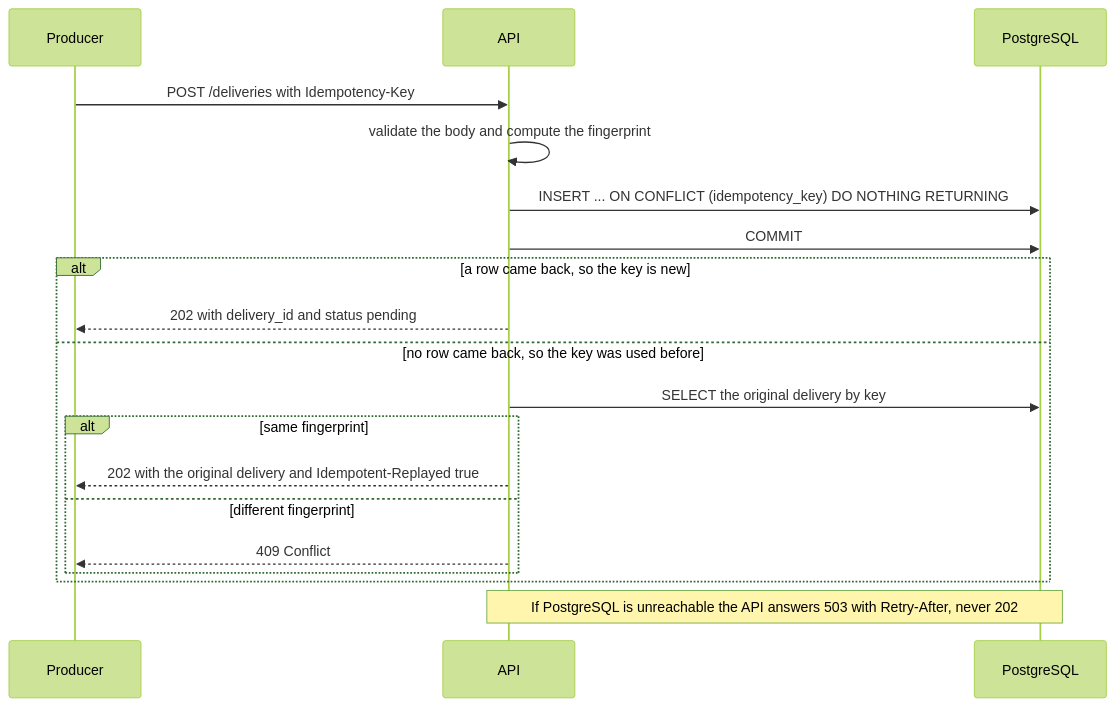
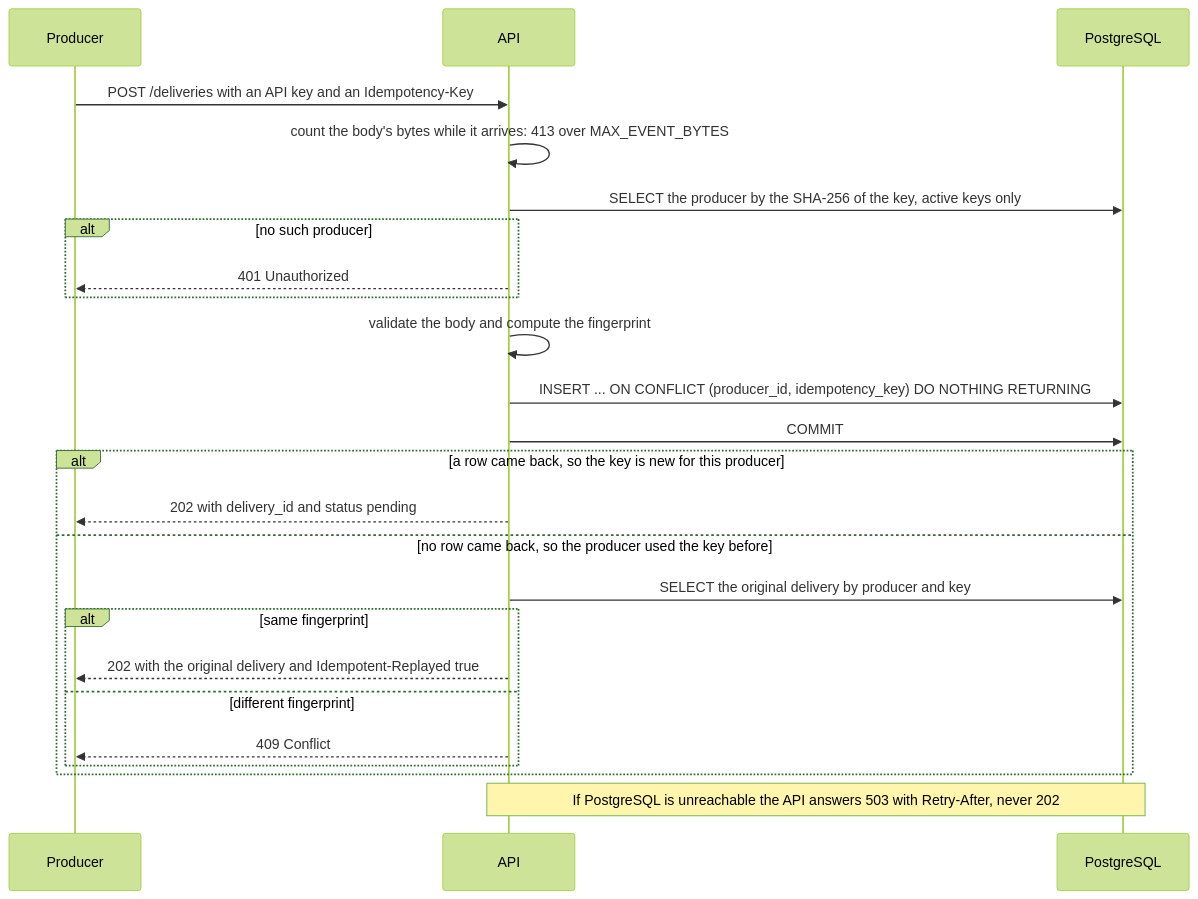
Before and after one commit to DucAnhLe1992/webhook-delivery-service: the fifth of 8 diagrams in ARCHITECTURE.md, drawn with Mermaid (forest theme). The commit also changed other lines of this file and 29 other files, not shown here.

````diff
--- a/ARCHITECTURE.md
+++ b/ARCHITECTURE.md
@@ -238,21 +306,26 @@
 ```mermaid
 sequenceDiagram
     participant P as Producer
     participant A as API
     participant D as PostgreSQL
-    P->>A: POST /deliveries with Idempotency-Key
+    P->>A: POST /deliveries with an API key and an Idempotency-Key
+    A->>A: count the body's bytes while it arrives: 413 over MAX_EVENT_BYTES
+    A->>D: SELECT the producer by the SHA-256 of the key, active keys only
+    alt no such producer
+        A-->>P: 401 Unauthorized
+    end
     A->>A: validate the body and compute the fingerprint
-    A->>D: INSERT ... ON CONFLICT (idempotency_key) DO NOTHING RETURNING
+    A->>D: INSERT ... ON CONFLICT (producer_id, idempotency_key) DO NOTHING RETURNING
     A->>D: COMMIT
-    alt a row came back, so the key is new
+    alt a row came back, so the key is new for this producer
         A-->>P: 202 with delivery_id and status pending
-    else no row came back, so the key was used before
-        A->>D: SELECT the original delivery by key
+    else no row came back, so the producer used the key before
+        A->>D: SELECT the original delivery by producer and key
         alt same fingerprint
             A-->>P: 202 with the original delivery and Idempotent-Replayed true
         else different fingerprint
             A-->>P: 409 Conflict
         end
     end
     Note over A,D: If PostgreSQL is unreachable the API answers 503 with Retry-After, never 202
 ```
````
